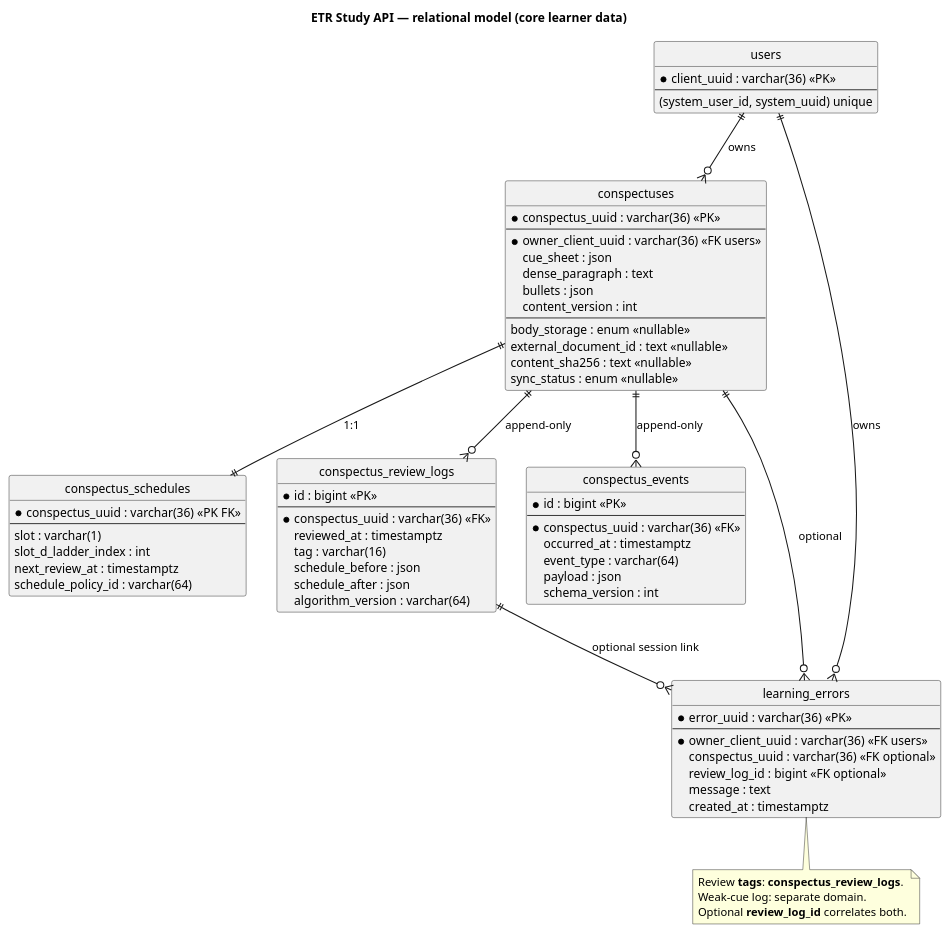
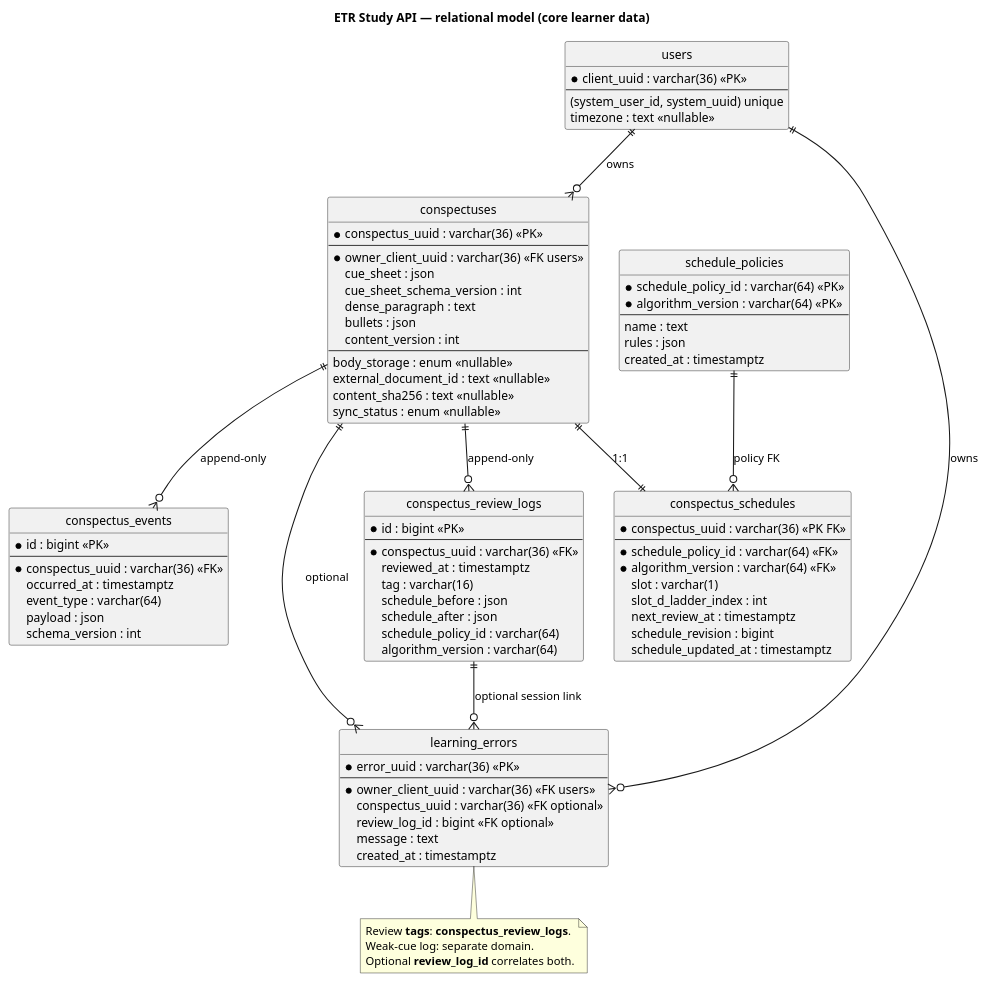
One commit to iboiarkin96/etr_study_api changed the diagram in docs/uml/architecture/conspectus_er.puml. Above: the diagram before and after it, drawn with PlantUML. The commit also changed 23 other files, not shown here.

```diff
--- a/docs/uml/architecture/conspectus_er.puml
+++ b/docs/uml/architecture/conspectus_er.puml
@@ -1,87 +1,103 @@
 @startuml
 title ETR Study API — relational model (core learner data)
 
 top to bottom direction
 hide circle
 skinparam ArrowThickness 1.2
 skinparam entity {
   BackgroundColor #EFF6FF
   BorderColor #2563EB
 }
 
 entity "users" as users {
   * client_uuid : varchar(36) <<PK>>
   --
   (system_user_id, system_uuid) unique
+  timezone : text <<nullable>>
+}
+
+entity "schedule_policies" as pol {
+  * schedule_policy_id : varchar(64) <<PK>>
+  * algorithm_version : varchar(64) <<PK>>
+  --
+  name : text
+  rules : json
+  created_at : timestamptz
 }
 
 entity "conspectuses" as conspectus {
   * conspectus_uuid : varchar(36) <<PK>>
   --
   * owner_client_uuid : varchar(36) <<FK users>>
   cue_sheet : json
+  cue_sheet_schema_version : int
   dense_paragraph : text
   bullets : json
   content_version : int
   --
   body_storage : enum <<nullable>>
   external_document_id : text <<nullable>>
   content_sha256 : text <<nullable>>
   sync_status : enum <<nullable>>
 }
 
 entity "conspectus_schedules" as sched {
   * conspectus_uuid : varchar(36) <<PK FK>>
   --
+  * schedule_policy_id : varchar(64) <<FK>>
+  * algorithm_version : varchar(64) <<FK>>
   slot : varchar(1)
   slot_d_ladder_index : int
   next_review_at : timestamptz
-  schedule_policy_id : varchar(64)
+  schedule_revision : bigint
+  schedule_updated_at : timestamptz
 }
 
 entity "conspectus_review_logs" as revlog {
   * id : bigint <<PK>>
   --
   * conspectus_uuid : varchar(36) <<FK>>
   reviewed_at : timestamptz
   tag : varchar(16)
   schedule_before : json
   schedule_after : json
+  schedule_policy_id : varchar(64)
   algorithm_version : varchar(64)
 }
 
 entity "conspectus_events" as ev {
   * id : bigint <<PK>>
   --
   * conspectus_uuid : varchar(36) <<FK>>
   occurred_at : timestamptz
   event_type : varchar(64)
   payload : json
   schema_version : int
 }
 
 entity "learning_errors" as err {
   * error_uuid : varchar(36) <<PK>>
   --
   * owner_client_uuid : varchar(36) <<FK users>>
   conspectus_uuid : varchar(36) <<FK optional>>
   review_log_id : bigint <<FK optional>>
   message : text
   created_at : timestamptz
 }
 
 users ||--o{ conspectus : owns
+pol ||--o{ sched : "policy FK"
 conspectus ||--|| sched : "1:1"
 conspectus ||--o{ revlog : append-only
 conspectus ||--o{ ev : append-only
 users ||--o{ err : owns
 conspectus ||--o{ err : optional
 revlog ||--o{ err : "optional session link"
 
 note bottom of err
   Review **tags**: **conspectus_review_logs**.
   Weak-cue log: separate domain.
   Optional **review_log_id** correlates both.
 end note
 
 @enduml
```
